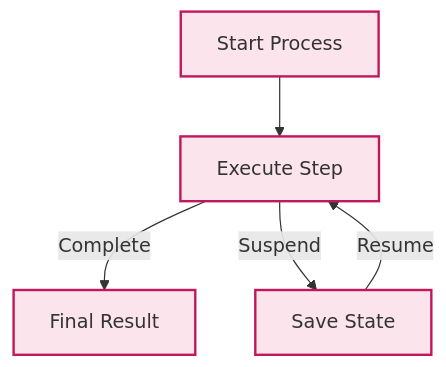
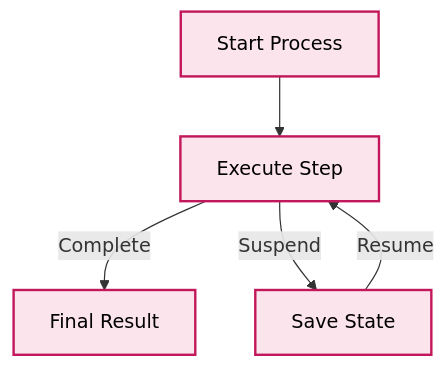
One commit to aitoroses/floxide changed the eighth of 9 diagrams in README.md. Above: the diagram before and after it, drawn with Mermaid. The commit also changed other lines of this file, not shown here.

First line of the commit message:
🦀 Improve Mermaid Diagram Readability in README

````diff
--- a/README.md
+++ b/README.md
@@ -251,11 +251,11 @@
 ```mermaid
 graph TD
     A["Start Process"] --> B["Execute Step"]
     B -->|Complete| C["Final Result"]
     B -->|Suspend| D["Save State"]
     D -->|Resume| B
-    style A fill:#fce4ec,stroke:#c2185b,stroke-width:2px
-    style B fill:#fce4ec,stroke:#c2185b,stroke-width:2px
-    style C fill:#fce4ec,stroke:#c2185b,stroke-width:2px
-    style D fill:#fce4ec,stroke:#c2185b,stroke-width:2px
+    style A fill:#fce4ec,stroke:#c2185b,stroke-width:2px,color:black
+    style B fill:#fce4ec,stroke:#c2185b,stroke-width:2px,color:black
+    style C fill:#fce4ec,stroke:#c2185b,stroke-width:2px,color:black
+    style D fill:#fce4ec,stroke:#c2185b,stroke-width:2px,color:black
 ```
````
